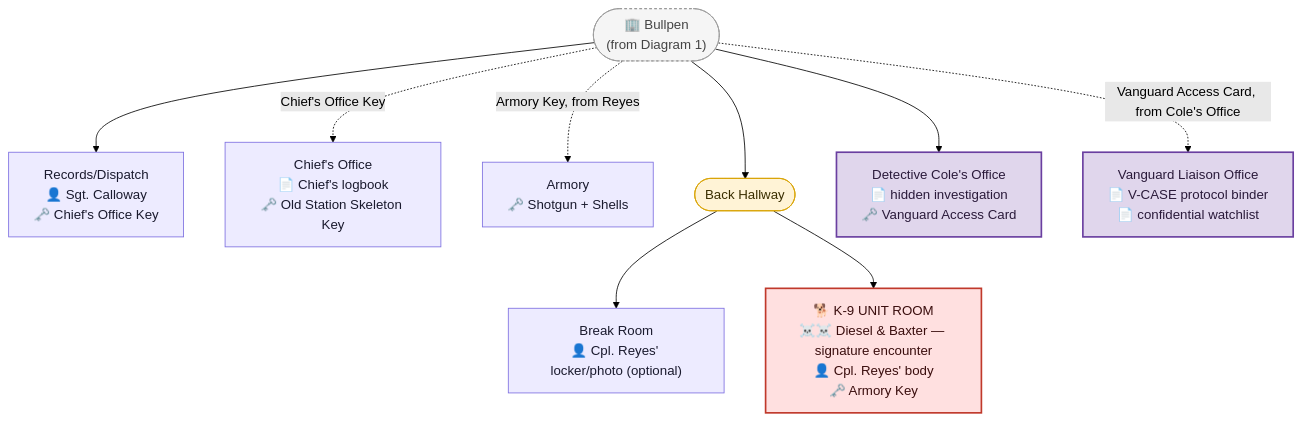
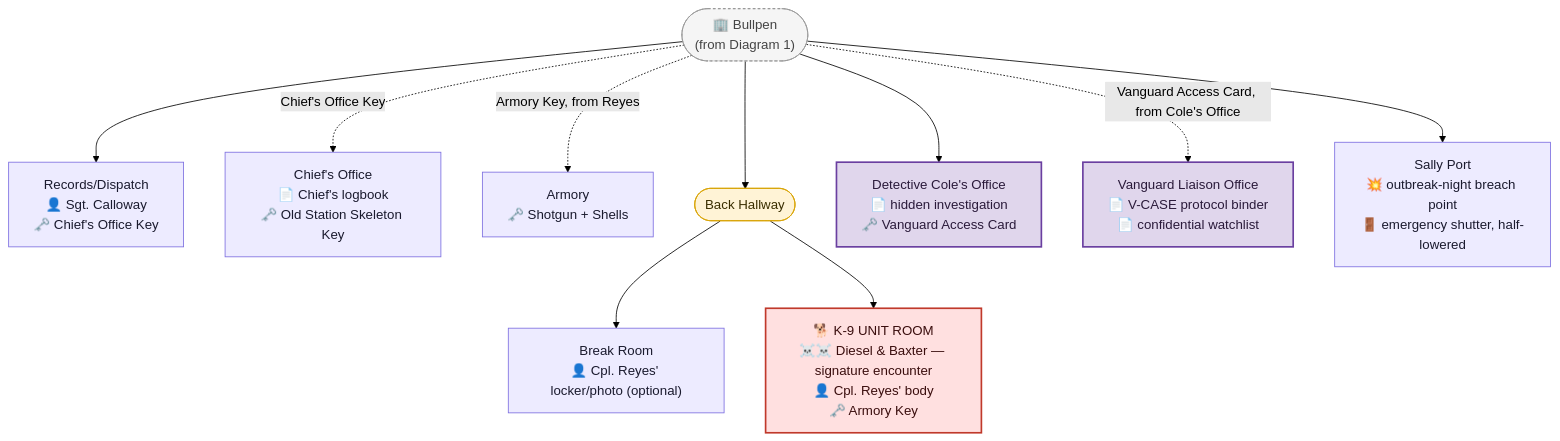
The second of 6 diagrams in DESIGN/Locations/Police_Station.md (GIToez/Deadlock-Design), drawn with Mermaid (forest theme) before and after one commit. The commit also changed other lines of this file and 4 other files, not shown here.

````diff
--- a/DESIGN/Locations/Police_Station.md
+++ b/DESIGN/Locations/Police_Station.md
@@ -371,32 +513,34 @@
 ```mermaid
 flowchart TD
     BULLPENREF(["🏢 Bullpen<br/>(from Diagram 1)"])
     DISPATCH["Records/Dispatch<br/>👤 Sgt. Calloway<br/>🗝️ Chief's Office Key"]
     CHIEF["Chief's Office<br/>📄 Chief's logbook<br/>🗝️ Old Station Skeleton Key"]
     BREAK["Break Room<br/>👤 Cpl. Reyes' locker/photo (optional)"]
     K9ROOM["🐕 K-9 UNIT ROOM<br/>☠️☠️ Diesel & Baxter — signature encounter<br/>👤 Cpl. Reyes' body<br/>🗝️ Armory Key"]
     ARMORY["Armory<br/>🗝️ Shotgun + Shells"]
     BACKHALL(["Back Hallway"])
     COLE["Detective Cole's Office<br/>📄 hidden investigation<br/>🗝️ Vanguard Access Card"]
     VLIAISON["Vanguard Liaison Office<br/>📄 V-CASE protocol binder<br/>📄 confidential watchlist"]
+    SALLYPORT["Sally Port<br/>💥 outbreak-night breach point<br/>🚪 emergency shutter, half-lowered"]
 
     BULLPENREF --> DISPATCH
     BULLPENREF -. Chief's Office Key .-> CHIEF
     BULLPENREF --> BACKHALL
     BACKHALL --> BREAK
     BACKHALL --> K9ROOM
     BULLPENREF -. Armory Key, from Reyes .-> ARMORY
     BULLPENREF --> COLE
     BULLPENREF -. Vanguard Access Card, from Cole's Office .-> VLIAISON
+    BULLPENREF --> SALLYPORT
 
     classDef room fill:#EDEBFF,stroke:#7C6EE0,color:#1a1a2e
     classDef hallway fill:#FFF3D6,stroke:#D9A404,color:#3a2e00
     classDef boss fill:#FFE0E0,stroke:#C0392B,color:#3a0d0d,stroke-width:2px
     classDef ref fill:#F5F5F5,stroke:#999999,color:#444444,stroke-dasharray:3 3
     classDef vanguard fill:#E0D6EC,stroke:#6A3FA0,color:#2a1a3a,stroke-width:2px
     class BULLPENREF ref
     class BACKHALL hallway
-    class DISPATCH,CHIEF,BREAK,ARMORY room
+    class DISPATCH,CHIEF,BREAK,ARMORY,SALLYPORT room
     class K9ROOM boss
     class COLE,VLIAISON vanguard
 ```
````
